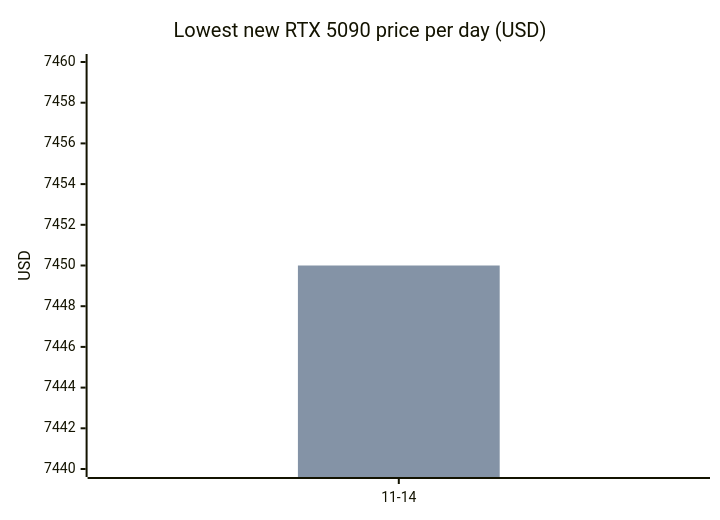
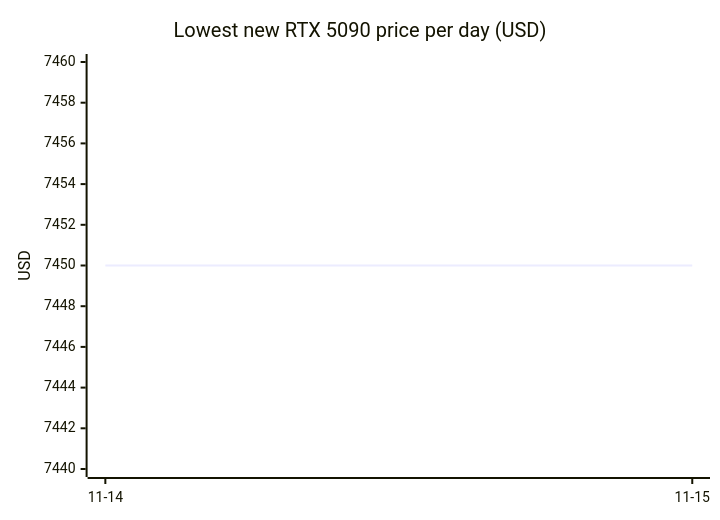
Before and after one commit to 7324136828/4tb_ssd_price_watch: the fourth of 4 diagrams in README.md, drawn with Mermaid. The commit also changed other lines of this file and 2 other files, not shown here.

````diff
--- a/README.md
+++ b/README.md
@@ -160,8 +213,7 @@
 ```mermaid
 xychart-beta
     title "Lowest new RTX 5090 price per day (USD)"
-    x-axis ["11-14"]
+    x-axis ["11-14", "11-15"]
     y-axis "USD" 7440 --> 7460
-    line [7450.00]
-    bar [7450.00]
+    line [7450.00, 7450.00]
 ```
````
